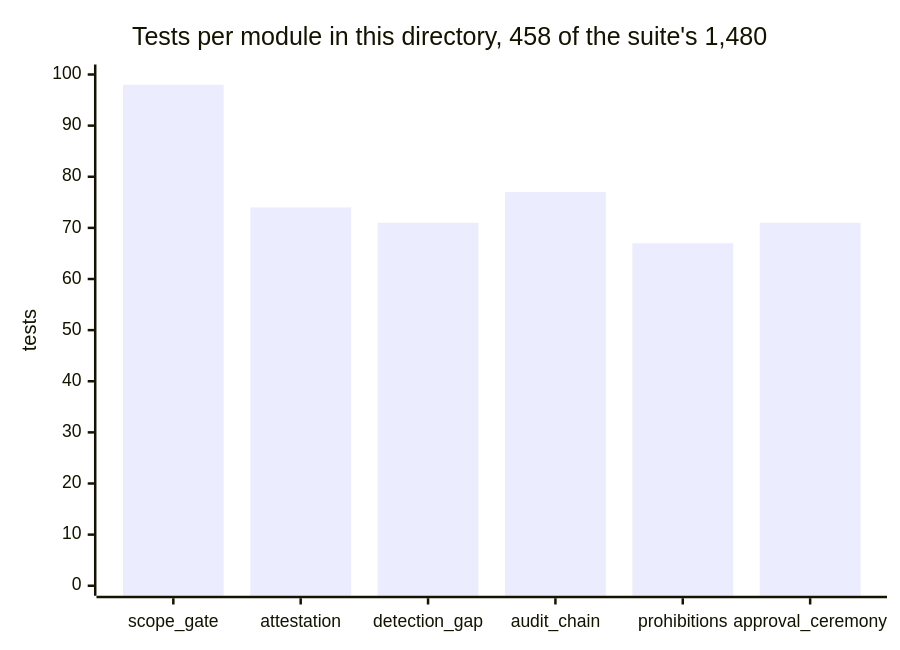
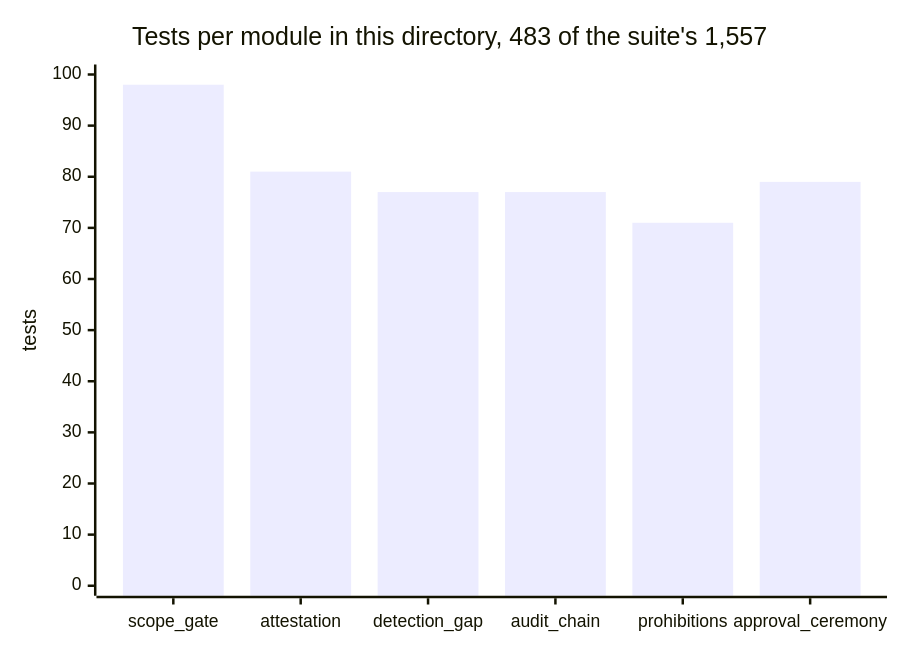
The ninth of 10 diagrams in blackgate/README.md (greeklinux/Showcase), drawn with Mermaid before and after one commit. The commit also changed other lines of this file and 34 other files, not shown here.

````diff
--- a/blackgate/README.md
+++ b/blackgate/README.md
@@ -827,7 +827,7 @@
 ```mermaid
 xychart-beta
-    title "Tests per module in this directory, 458 of the suite's 1,480"
+    title "Tests per module in this directory, 483 of the suite's 1,557"
     x-axis ["scope_gate", "attestation", "detection_gap", "audit_chain", "prohibitions", "approval_ceremony"]
     y-axis "tests" 0 --> 100
-    bar [98, 74, 71, 77, 67, 71]
+    bar [98, 81, 77, 77, 71, 79]
 ```
````
